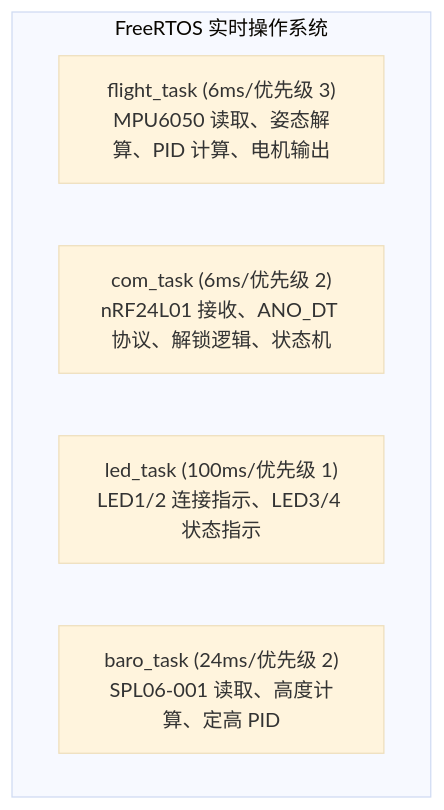
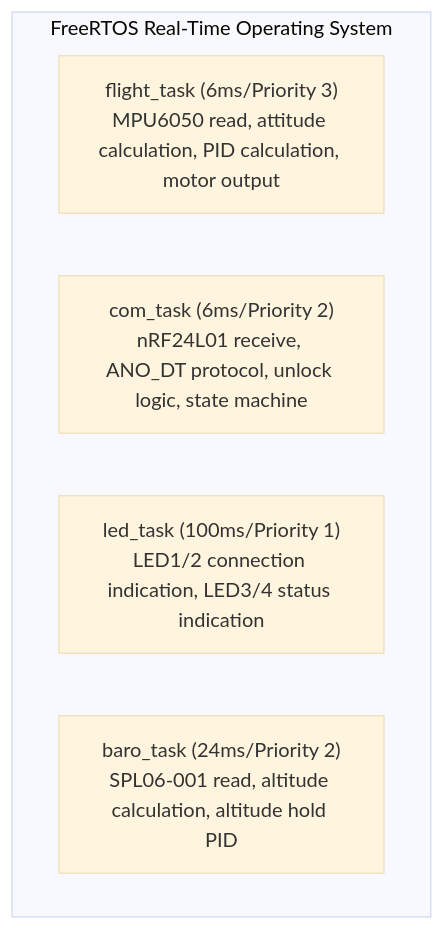
The first of 5 diagrams in README.md (xiaomiao321/Drone), drawn with Mermaid (base theme) before and after one commit. The commit also changed other lines of this file and 310 other files, not shown here.

````diff
--- a/README.md
+++ b/README.md
@@ -161,13 +178,13 @@
 ```mermaid
 graph TB
-    subgraph FreeRTOS["FreeRTOS 实时操作系统"]
-        F["flight_task (6ms/优先级 3)
-MPU6050 读取、姿态解算、PID 计算、电机输出"]
-        C["com_task (6ms/优先级 2)
-nRF24L01 接收、ANO_DT 协议、解锁逻辑、状态机"]
-        L["led_task (100ms/优先级 1)
-LED1/2 连接指示、LED3/4 状态指示"]
-        B["baro_task (24ms/优先级 2)
-SPL06-001 读取、高度计算、定高 PID"]
+    subgraph FreeRTOS["FreeRTOS Real-Time Operating System"]
+        F["flight_task (6ms/Priority 3)
+MPU6050 read, attitude calculation, PID calculation, motor output"]
+        C["com_task (6ms/Priority 2)
+nRF24L01 receive, ANO_DT protocol, unlock logic, state machine"]
+        L["led_task (100ms/Priority 1)
+LED1/2 connection indication, LED3/4 status indication"]
+        B["baro_task (24ms/Priority 2)
+SPL06-001 read, altitude calculation, altitude hold PID"]
     end
 ```
````
